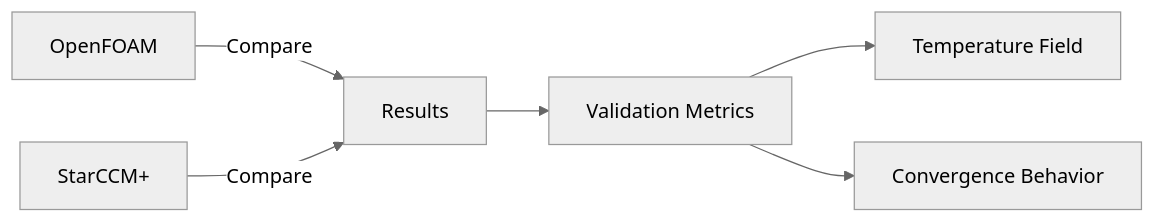
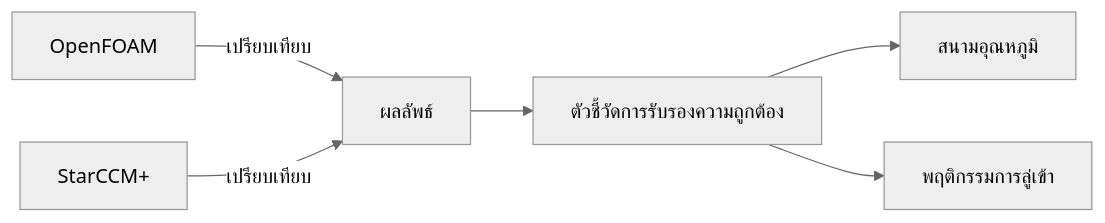
The second of 6 diagrams in MODULE_06_ADVANCED_PHYSICS/CONTENT/02_COUPLED_PHYSICS/05_Validation_and_Benchmarks.md (wramet/build-my-cfd), drawn with Mermaid (neutral theme) before and after one commit. The commit also changed other lines of this file and 104 other files, not shown here.

````diff
--- a/MODULE_06_ADVANCED_PHYSICS/CONTENT/02_COUPLED_PHYSICS/05_Validation_and_Benchmarks.md
+++ b/MODULE_06_ADVANCED_PHYSICS/CONTENT/02_COUPLED_PHYSICS/05_Validation_and_Benchmarks.md
@@ -136,8 +136,8 @@
 ```mermaid
 flowchart LR
-    A[OpenFOAM] -->|Compare| B[Results]
-    C[StarCCM+] -->|Compare| B
-    B --> D[Validation Metrics]
-    D --> F[Temperature Field]
-    D --> G[Convergence Behavior]
+    A[OpenFOAM] -->|เปรียบเทียบ| B[ผลลัพธ์]
+    C[StarCCM+] -->|เปรียบเทียบ| B
+    B --> D[ตัวชี้วัดการรับรองความถูกต้อง]
+    D --> F[สนามอุณหภูมิ]
+    D --> G[พฤติกรรมการลู่เข้า]
 ```
````
